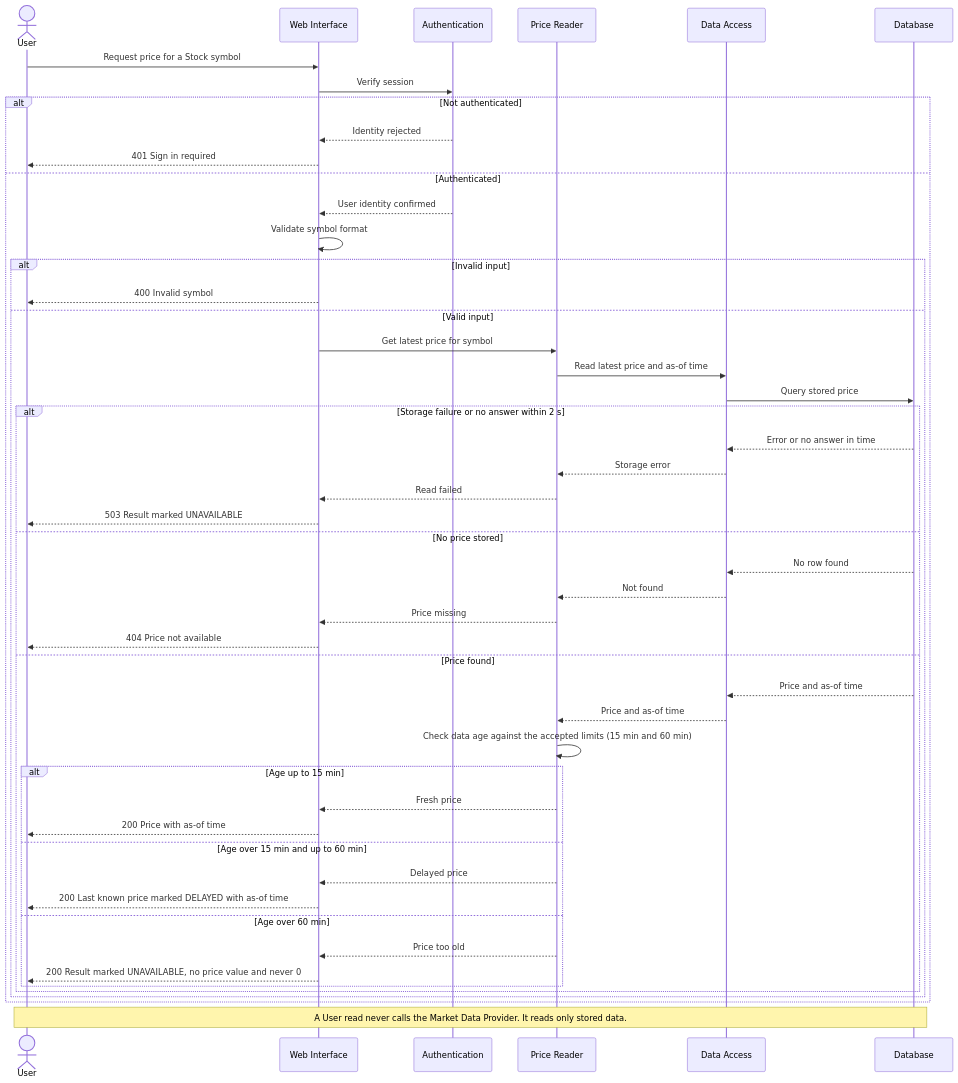
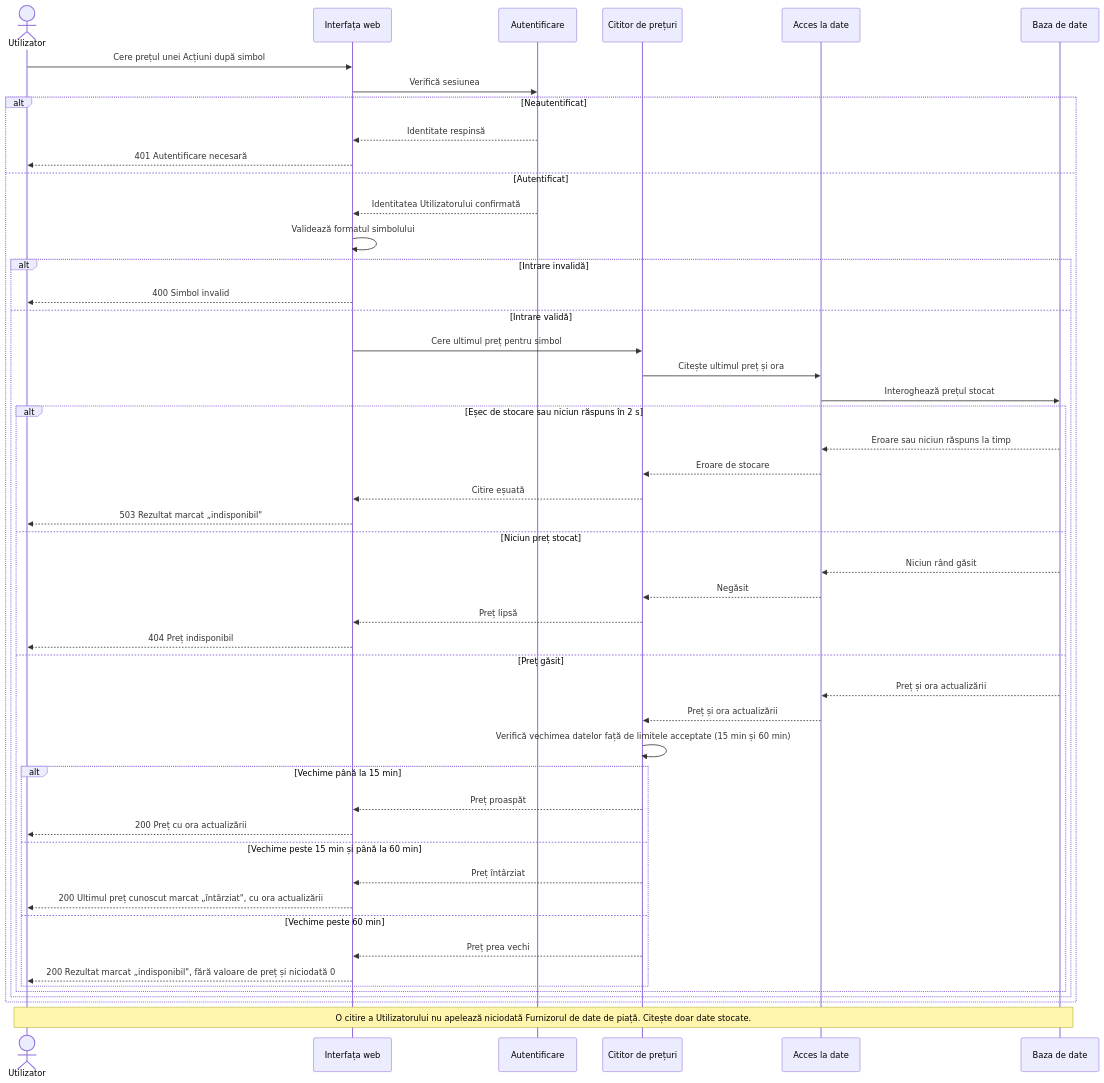
One commit to sainciucbeatricie/psi-labs changed the fifth of 6 diagrams in lab3.md. Above: the diagram before and after it, drawn with Mermaid. The commit also changed other lines of this file, not shown here.

````diff
--- a/lab3.md
+++ b/lab3.md
@@ -167,52 +167,52 @@
 ```mermaid
 sequenceDiagram
-    actor U as User
-    participant W as Web Interface
-    participant A as Authentication
-    participant R as Price Reader
-    participant X as Data Access
-    participant D as Database
+    actor U as Utilizator
+    participant W as Interfața web
+    participant A as Autentificare
+    participant R as Cititor de prețuri
+    participant X as Acces la date
+    participant D as Baza de date
 
-    U->>W: Request price for a Stock symbol
-    W->>A: Verify session
-    alt Not authenticated
-        A-->>W: Identity rejected
-        W-->>U: 401 Sign in required
-    else Authenticated
-        A-->>W: User identity confirmed
-        W->>W: Validate symbol format
-        alt Invalid input
-            W-->>U: 400 Invalid symbol
-        else Valid input
-            W->>R: Get latest price for symbol
-            R->>X: Read latest price and as-of time
-            X->>D: Query stored price
-            alt Storage failure or no answer within 2 s
-                D-->>X: Error or no answer in time
-                X-->>R: Storage error
-                R-->>W: Read failed
-                W-->>U: 503 Result marked UNAVAILABLE
-            else No price stored
-                D-->>X: No row found
-                X-->>R: Not found
-                R-->>W: Price missing
-                W-->>U: 404 Price not available
-            else Price found
-                D-->>X: Price and as-of time
-                X-->>R: Price and as-of time
-                R->>R: Check data age against the accepted limits (15 min and 60 min)
-                alt Age up to 15 min
-                    R-->>W: Fresh price
-                    W-->>U: 200 Price with as-of time
-                else Age over 15 min and up to 60 min
-                    R-->>W: Delayed price
-                    W-->>U: 200 Last known price marked DELAYED with as-of time
-                else Age over 60 min
-                    R-->>W: Price too old
-                    W-->>U: 200 Result marked UNAVAILABLE, no price value and never 0
+    U->>W: Cere prețul unei Acțiuni după simbol
+    W->>A: Verifică sesiunea
+    alt Neautentificat
+        A-->>W: Identitate respinsă
+        W-->>U: 401 Autentificare necesară
+    else Autentificat
+        A-->>W: Identitatea Utilizatorului confirmată
+        W->>W: Validează formatul simbolului
+        alt Intrare invalidă
+            W-->>U: 400 Simbol invalid
+        else Intrare validă
+            W->>R: Cere ultimul preț pentru simbol
+            R->>X: Citește ultimul preț și ora
+            X->>D: Interoghează prețul stocat
+            alt Eșec de stocare sau niciun răspuns în 2 s
+                D-->>X: Eroare sau niciun răspuns la timp
+                X-->>R: Eroare de stocare
+                R-->>W: Citire eșuată
+                W-->>U: 503 Rezultat marcat „indisponibil"
+            else Niciun preț stocat
+                D-->>X: Niciun rând găsit
+                X-->>R: Negăsit
+                R-->>W: Preț lipsă
+                W-->>U: 404 Preț indisponibil
+            else Preț găsit
+                D-->>X: Preț și ora actualizării
+                X-->>R: Preț și ora actualizării
+                R->>R: Verifică vechimea datelor față de limitele acceptate (15 min și 60 min)
+                alt Vechime până la 15 min
+                    R-->>W: Preț proaspăt
+                    W-->>U: 200 Preț cu ora actualizării
+                else Vechime peste 15 min și până la 60 min
+                    R-->>W: Preț întârziat
+                    W-->>U: 200 Ultimul preț cunoscut marcat „întârziat", cu ora actualizării
+                else Vechime peste 60 min
+                    R-->>W: Preț prea vechi
+                    W-->>U: 200 Rezultat marcat „indisponibil", fără valoare de preț și niciodată 0
                 end
             end
         end
     end
-    Note over U,D: A User read never calls the Market Data Provider. It reads only stored data.
+    Note over U,D: O citire a Utilizatorului nu apelează niciodată Furnizorul de date de piață. Citește doar date stocate.
 ```
````
